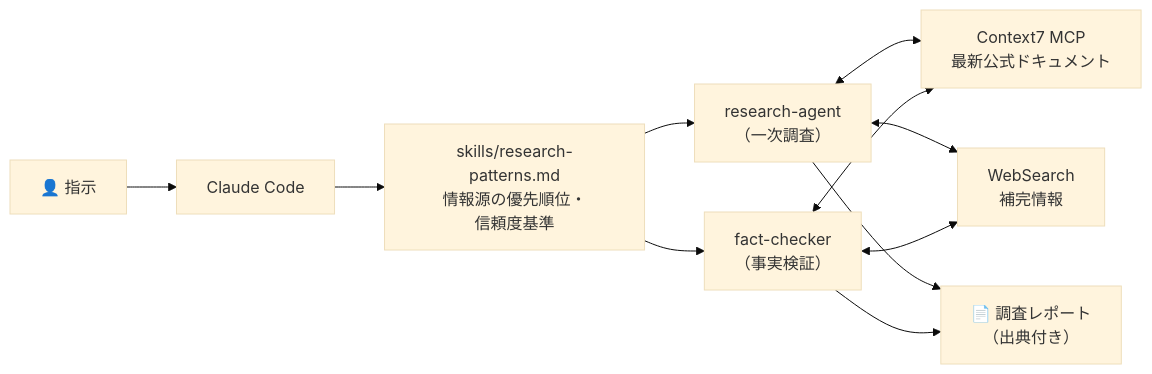
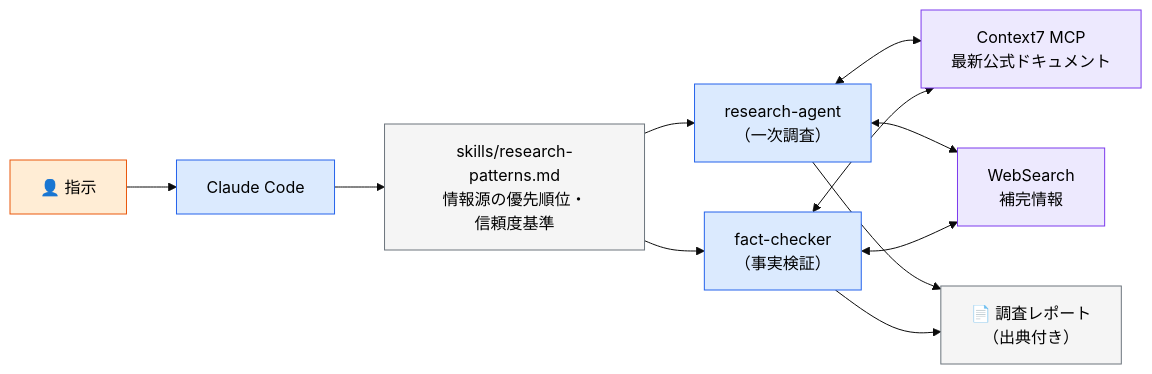
The seventh of 48 diagrams in AI駆動開発.md (takuma39/ai), drawn with Mermaid (base theme) before and after one commit. The commit also changed other lines of this file, not shown here.

````diff
--- a/AI駆動開発.md
+++ b/AI駆動開発.md
@@ -215,10 +258,19 @@
 ```mermaid
 flowchart LR
     H["👤 指示"] --> CC["Claude Code"]
     CC --> SK["skills/research-patterns.md<br/>情報源の優先順位・<br/>信頼度基準"]
     SK --> RA["research-agent<br/>（一次調査）"]
     SK --> FK["fact-checker<br/>（事実検証）"]
     RA & FK <--> C7["Context7 MCP<br/>最新公式ドキュメント"]
     RA & FK <--> WS["WebSearch<br/>補完情報"]
     RA & FK --> OUT["📄 調査レポート<br/>（出典付き）"]
+
+    style H fill:#ffedd5,stroke:#ea580c,color:#000
+    style CC fill:#dbeafe,stroke:#2563eb,color:#000
+    style SK fill:#f5f5f5,stroke:#6c757d,color:#000
+    style RA fill:#dbeafe,stroke:#2563eb,color:#000
+    style FK fill:#dbeafe,stroke:#2563eb,color:#000
+    style C7 fill:#ede9fe,stroke:#7c3aed,color:#000
+    style WS fill:#ede9fe,stroke:#7c3aed,color:#000
+    style OUT fill:#f5f5f5,stroke:#6c757d,color:#000
 ```
````
